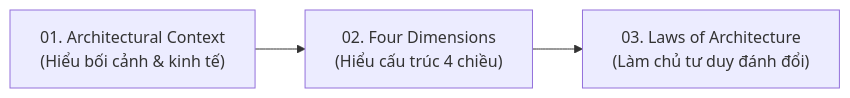
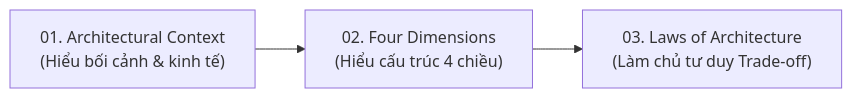
The diagram in release/software_architecture/00_fundamental/README.md (MaiTheHao/docs), drawn with Mermaid before and after one commit. The commit also changed other lines of this file and 4 other files, not shown here.

````diff
--- a/release/software_architecture/00_fundamental/README.md
+++ b/release/software_architecture/00_fundamental/README.md
@@ -45,8 +45,8 @@
 ```mermaid
 graph LR
     accTitle: Tiến trình Đọc và Học tập Fundamentals
     accDescr: Sơ đồ luồng thứ tự đọc tài liệu từ Bối cảnh đến 4 Dimensions và Quy luật Kiến trúc
 
     step1["01. Architectural Context<br/>(Hiểu bối cảnh & kinh tế)"] --> step2["02. Four Dimensions<br/>(Hiểu cấu trúc 4 chiều)"]
-    step2 --> step3["03. Laws of Architecture<br/>(Làm chủ tư duy đánh đổi)"]
+    step2 --> step3["03. Laws of Architecture<br/>(Làm chủ tư duy Trade-off)"]
 ```
````
